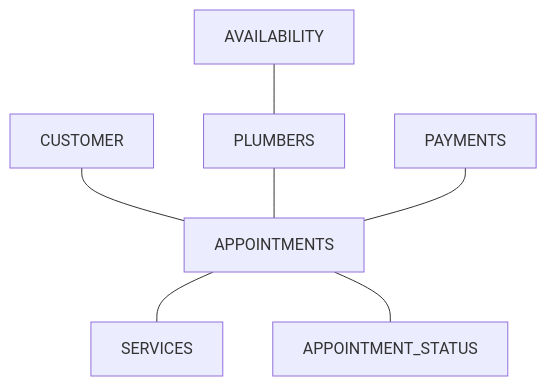
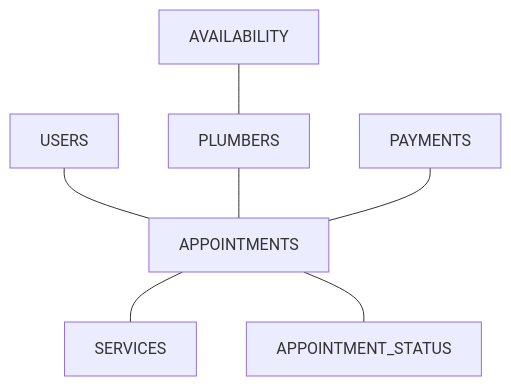
The first of 2 diagrams in README.md (KerryK2021/Plumbing-Company-Appointment-System), drawn with Mermaid before and after one commit. The commit also changed other lines of this file, not shown here.

````diff
--- a/README.md
+++ b/README.md
@@ -5,9 +5,9 @@
 ```mermaid
 flowchart 
-  CUSTOMER --- APPOINTMENTS
+  USERS --- APPOINTMENTS
   PLUMBERS --- APPOINTMENTS
   APPOINTMENTS --- SERVICES
   APPOINTMENTS --- APPOINTMENT_STATUS
   PAYMENTS --- APPOINTMENTS
   AVAILABILITY --- PLUMBERS
 ```
````
